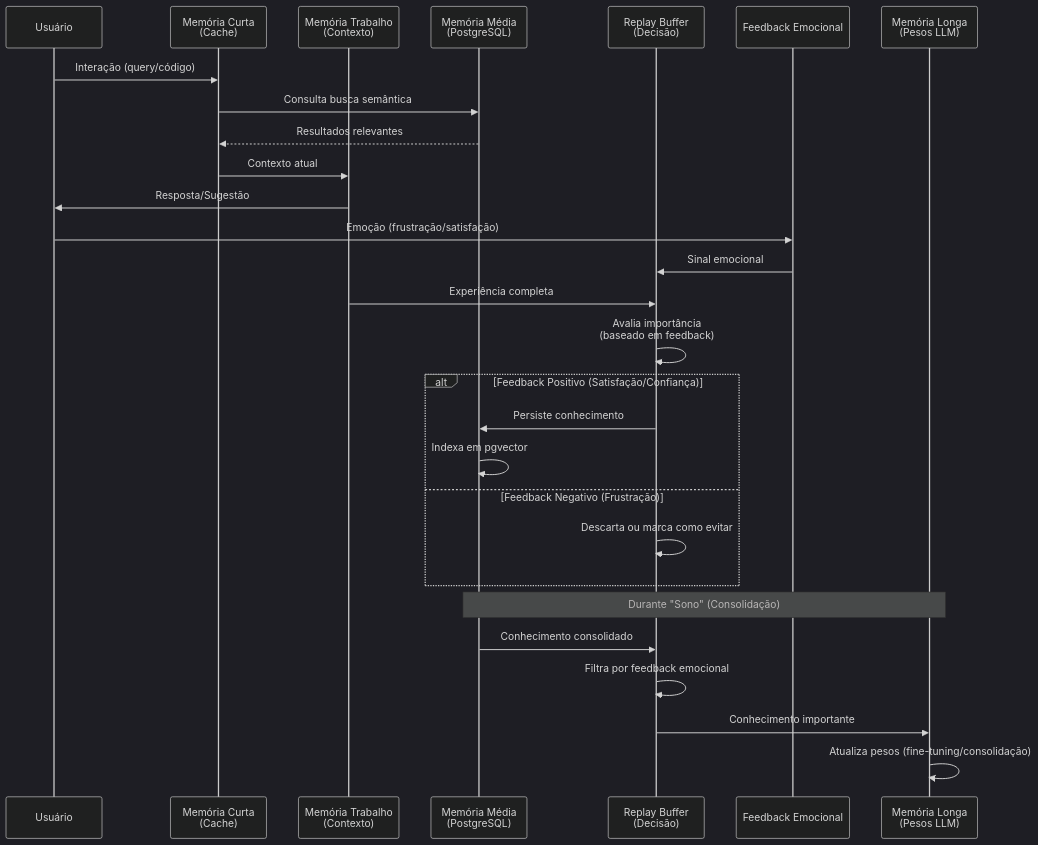
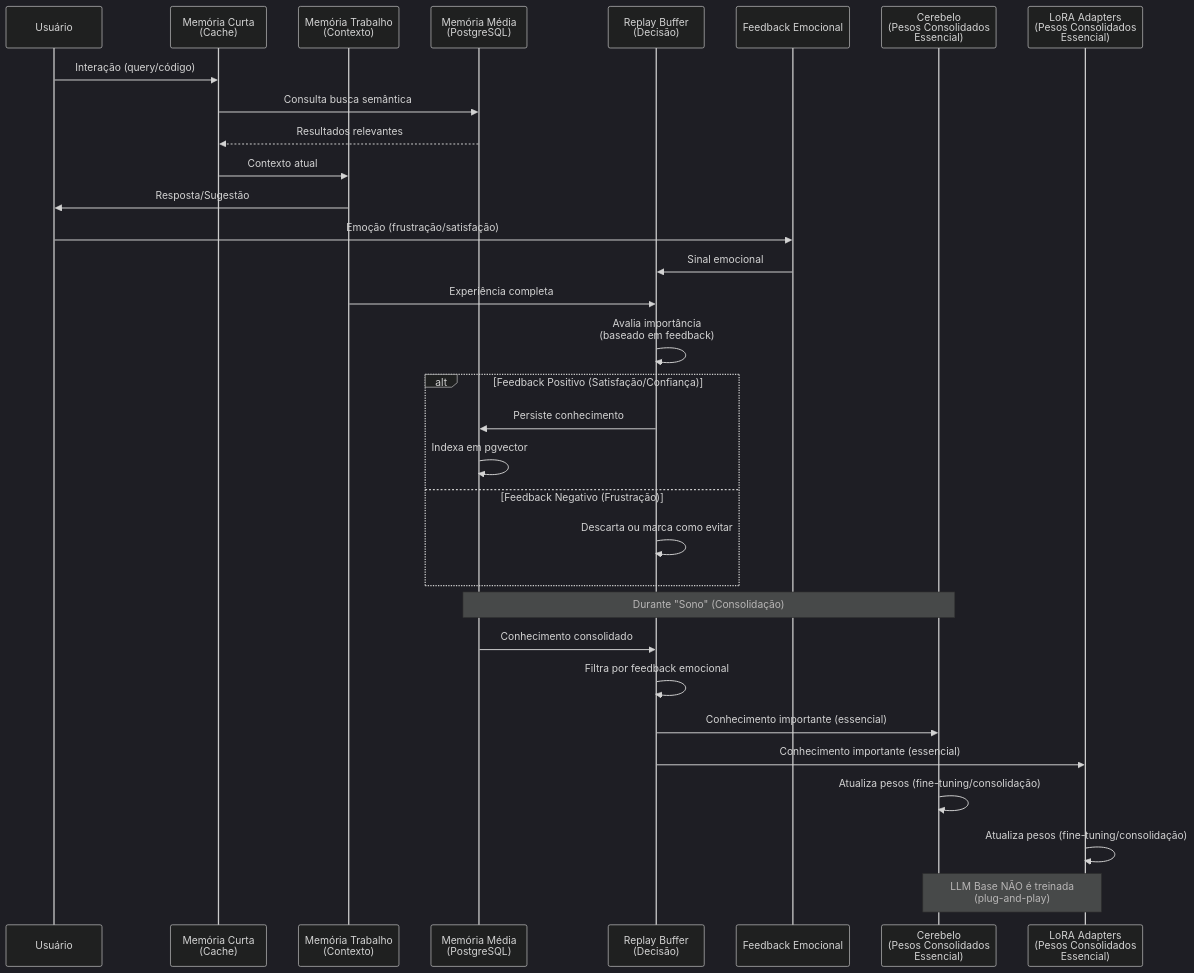
Before and after one commit to gabrielcardoso21/npllm: the second of 9 diagrams in docs/mvp-general-assistant/ARQUITETURA-MEMORIA-CONSOLIDACAO.md, drawn with Mermaid (dark theme). The commit also changed other lines of this file and 3 other files, not shown here.

Commit message:
docs: Revisa classificação de treinamento de LLMs - apenas Cerebelo e LoRA essenciais, LLM Base plug-and-play

````diff
--- a/docs/mvp-general-assistant/ARQUITETURA-MEMORIA-CONSOLIDACAO.md
+++ b/docs/mvp-general-assistant/ARQUITETURA-MEMORIA-CONSOLIDACAO.md
@@ -67,34 +70,39 @@
 ```mermaid
 sequenceDiagram
     participant USER as Usuário
     participant CACHE as Memória Curta<br/>(Cache)
     participant WORKING as Memória Trabalho<br/>(Contexto)
     participant POSTGRES as Memória Média<br/>(PostgreSQL)
     participant REPLAY as Replay Buffer<br/>(Decisão)
     participant FEEDBACK as Feedback Emocional
-    participant LLM as Memória Longa<br/>(Pesos LLM)
+    participant CEREBELO as Cerebelo<br/>(Pesos Consolidados<br/>Essencial)
+    participant LORA as LoRA Adapters<br/>(Pesos Consolidados<br/>Essencial)
     
     USER->>CACHE: Interação (query/código)
     CACHE->>POSTGRES: Consulta busca semântica
     POSTGRES-->>CACHE: Resultados relevantes
     CACHE->>WORKING: Contexto atual
     WORKING->>USER: Resposta/Sugestão
     
     USER->>FEEDBACK: Emoção (frustração/satisfação)
     FEEDBACK->>REPLAY: Sinal emocional
     WORKING->>REPLAY: Experiência completa
     REPLAY->>REPLAY: Avalia importância<br/>(baseado em feedback)
     
     alt Feedback Positivo (Satisfação/Confiança)
         REPLAY->>POSTGRES: Persiste conhecimento
         POSTGRES->>POSTGRES: Indexa em pgvector
     else Feedback Negativo (Frustração)
         REPLAY->>REPLAY: Descarta ou marca como evitar
     end
     
-    Note over POSTGRES,LLM: Durante "Sono" (Consolidação)
+    Note over POSTGRES,CEREBELO: Durante "Sono" (Consolidação)
     POSTGRES->>REPLAY: Conhecimento consolidado
     REPLAY->>REPLAY: Filtra por feedback emocional
-    REPLAY->>LLM: Conhecimento importante
-    LLM->>LLM: Atualiza pesos (fine-tuning/consolidação)
+    REPLAY->>CEREBELO: Conhecimento importante (essencial)
+    REPLAY->>LORA: Conhecimento importante (essencial)
+    CEREBELO->>CEREBELO: Atualiza pesos (fine-tuning/consolidação)
+    LORA->>LORA: Atualiza pesos (fine-tuning/consolidação)
+    
+    Note over CEREBELO,LORA: LLM Base NÃO é treinada<br/>(plug-and-play)
 ```
````
